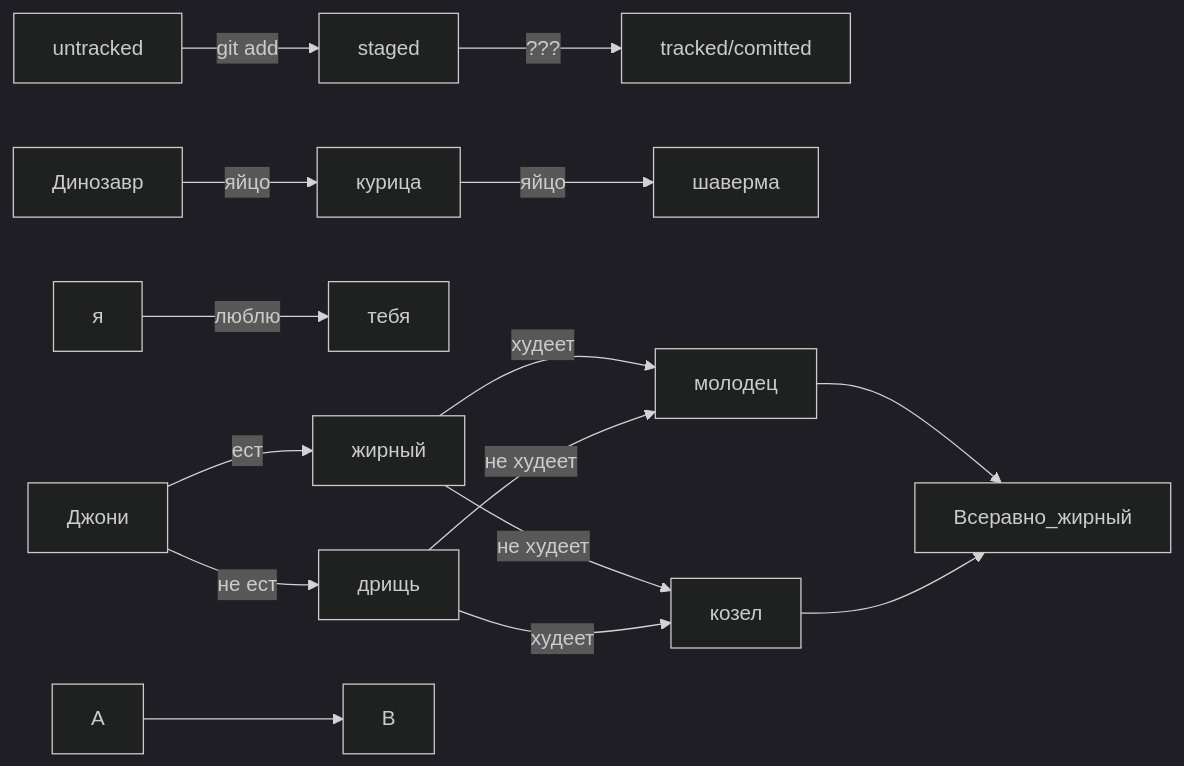
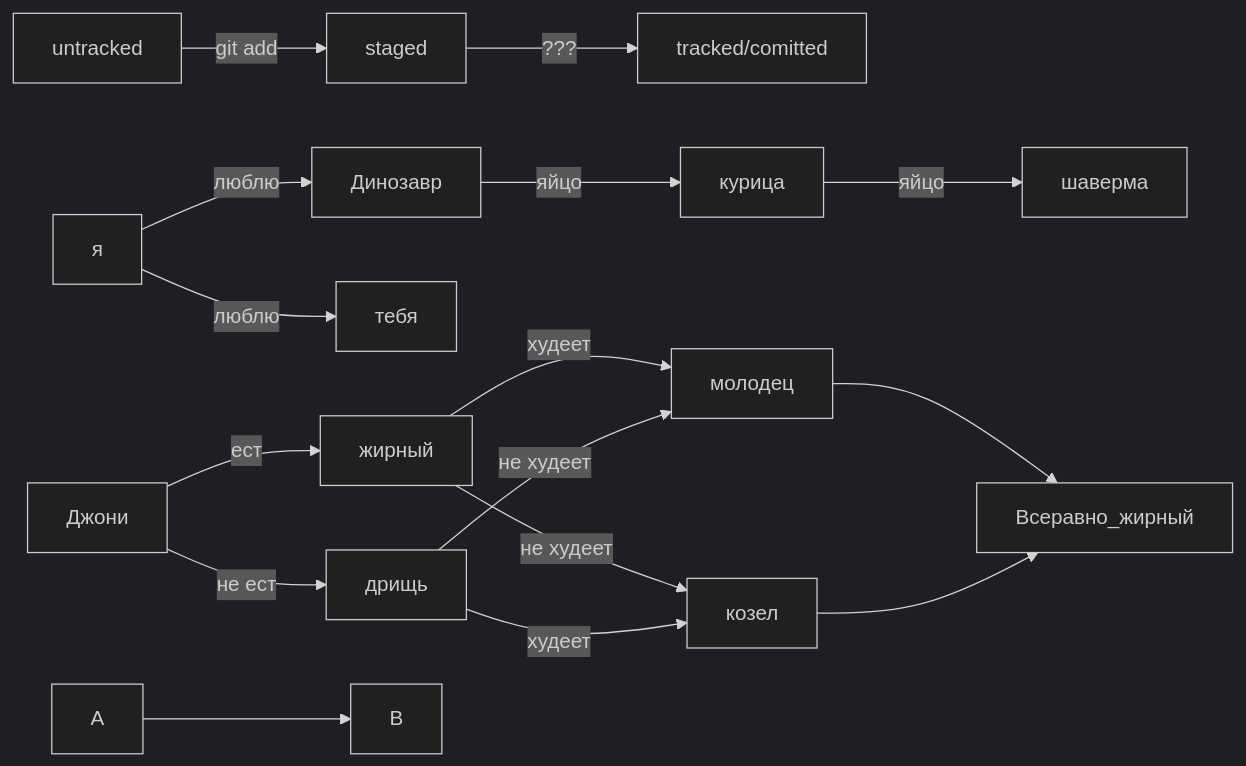
The diagram in Shpargalka.md (AleksandrLARUS/Shpargalka), drawn with Mermaid (dark theme) before and after one commit.

Commit message:
Испытать рабботу схемы 6

````diff
--- a/Shpargalka.md
+++ b/Shpargalka.md
@@ -153,16 +153,17 @@
 ```mermaid
 graph LR;
   untracked -- "git add" --> staged;
   staged    -- "???"     --> tracked/comitted;
   Динозавр -- "яйцо" --> курица -- "яйцо" --> шаверма;
   я -- "люблю" --> тебя;
+  я -- "люблю" --> Динозавр;
   Джони -- "ест" --> жирный -- "худеет" --> молодец;
   жирный -- "не худеет" --> козел;
   Джони -- "не ест" --> дрищь -- "не худеет" --> молодец;
   дрищь -- "худеет" --> козел;
   молодец --> Всеравно_жирный;
   козел --> Всеравно_жирный;
 
 %% стрелка без текста для примера: 
   A --> B;
 ```
````
